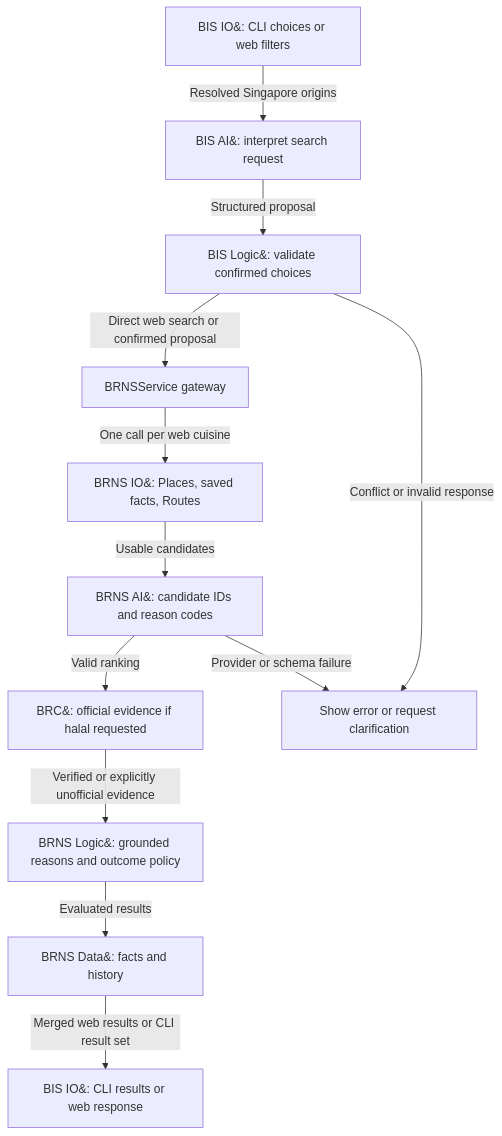
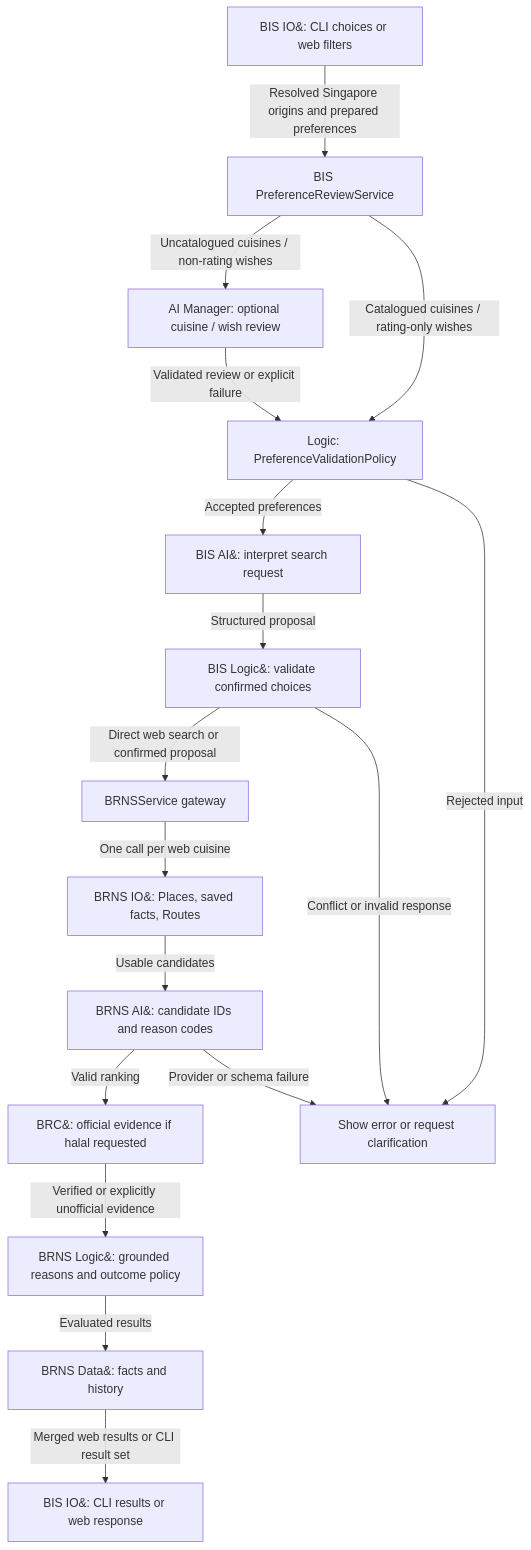
Before and after one commit to INF1103-Team-3/Team-Project: the second of 3 diagrams in ProjectFlow.md, drawn with Mermaid. The commit also changed other lines of this file and 12 other files, not shown here.

````diff
--- a/ProjectFlow.md
+++ b/ProjectFlow.md
@@ -74,25 +75,33 @@
 ```mermaid
 flowchart TB
   input["BIS IO&#58; CLI choices or web filters"]
   bisai["BIS AI&#58; interpret search request"]
   bislogic["BIS Logic&#58; validate confirmed choices"]
   bridge["BRNSService gateway"]
   facts["BRNS IO&#58; Places, saved facts, Routes"]
   rank["BRNS AI&#58; candidate IDs and reason codes"]
   brc["BRC&#58; official evidence if halal requested"]
   rules["BRNS Logic&#58; grounded reasons and outcome policy"]
   save["BRNS Data&#58; facts and history"]
   results["BIS IO&#58; CLI results or web response"]
   error["Show error or request clarification"]
-  input -->|Resolved Singapore origins| bisai
+  review["BIS PreferenceReviewService"]
+  reviewai["AI Manager: optional cuisine / wish review"]
+  reviewlogic["Logic: PreferenceValidationPolicy"]
+  input -->|Resolved Singapore origins and prepared preferences| review
+  review -->|Uncatalogued cuisines / non-rating wishes| reviewai
+  review -->|Catalogued cuisines / rating-only wishes| reviewlogic
+  reviewai -->|Validated review or explicit failure| reviewlogic
+  reviewlogic -->|Accepted preferences| bisai
+  reviewlogic -->|Rejected input| error
   bisai -->|Structured proposal| bislogic
   bislogic -->|Direct web search or confirmed proposal| bridge
   bislogic -->|Conflict or invalid response| error
   bridge -->|One call per web cuisine| facts
   facts -->|Usable candidates| rank
   rank -->|Valid ranking| brc
   rank -->|Provider or schema failure| error
   brc -->|Verified or explicitly unofficial evidence| rules
   rules -->|Evaluated results| save
   save -->|Merged web results or CLI result set| results
 ```
````
